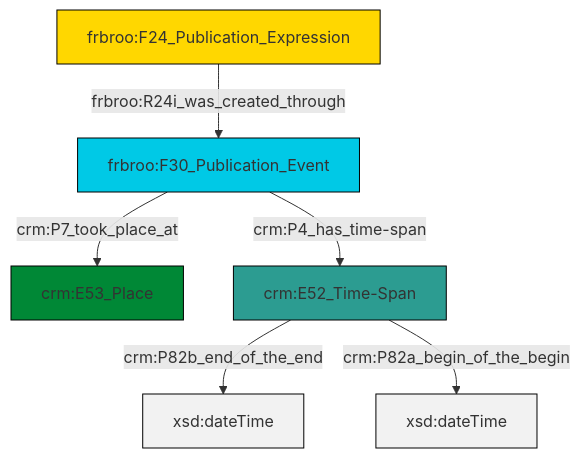
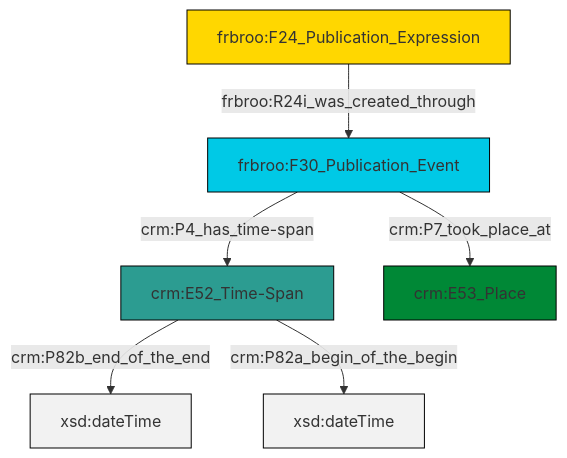
One commit to swiss-art-research-net/reference-data-models changed the diagram in et/biblioCSV/ttl/mmd/biblio_existence.ttl.mmd. Above: the diagram before and after it, drawn with Mermaid. The commit also changed 128 other files, not shown here.

```diff
--- a/et/biblioCSV/ttl/mmd/biblio_existence.ttl.mmd
+++ b/et/biblioCSV/ttl/mmd/biblio_existence.ttl.mmd
@@ -1,20 +1,20 @@
 graph TD
 classDef Literal fill:#f2f2f2,stroke:#000000;
 classDef CRM_Entity fill:#FFFFFF,stroke:#000000;
 classDef Temporal_Entity fill:#00C9E6, stroke:#000000;
 classDef Type fill:#E18312, stroke:#000000;
 classDef Time-Span fill:#2C9C91, stroke:#000000;
 classDef Appellation fill:#FFEB7F, stroke:#000000;
 classDef Place fill:#008836, stroke:#000000;
 classDef Persistent_Item fill:#B266B2, stroke:#000000;
 classDef Conceptual_Object fill:#FFD700, stroke:#000000;
 classDef Physical_Thing fill:#D2B48C, stroke:#000000;
 classDef Actor fill:#f58aad, stroke:#000000;
 classDef PC_Classes fill:#4ce600, stroke:#000000;
 classDef Multi fill:#cccccc,stroke:#000000;
 
-2["frbroo:F24_Publication_Expression"]:::Conceptual_Object -->|frbroo:R24i_was_created_through| 0["frbroo:F30_Publication_Event"]:::Temporal_Entity
-0["frbroo:F30_Publication_Event"]:::Temporal_Entity -->|crm:P7_took_place_at| 3["crm:E53_Place"]:::Place
-5["crm:E52_Time-Span"]:::Time-Span -->|crm:P82b_end_of_the_end| 7[xsd:dateTime]:::Literal
-5["crm:E52_Time-Span"]:::Time-Span -->|crm:P82a_begin_of_the_begin| 8[xsd:dateTime]:::Literal
-0["frbroo:F30_Publication_Event"]:::Temporal_Entity -->|crm:P4_has_time-span| 5["crm:E52_Time-Span"]:::Time-Span
+2["crm:E52_Time-Span"]:::Time-Span -->|crm:P82b_end_of_the_end| 3[xsd:dateTime]:::Literal
+0["frbroo:F30_Publication_Event"]:::Temporal_Entity -->|crm:P7_took_place_at| 4["crm:E53_Place"]:::Place
+2["crm:E52_Time-Span"]:::Time-Span -->|crm:P82a_begin_of_the_begin| 8[xsd:dateTime]:::Literal
+0["frbroo:F30_Publication_Event"]:::Temporal_Entity -->|crm:P4_has_time-span| 2["crm:E52_Time-Span"]:::Time-Span
+6["frbroo:F24_Publication_Expression"]:::Conceptual_Object -->|frbroo:R24i_was_created_through| 0["frbroo:F30_Publication_Event"]:::Temporal_Entity
```
